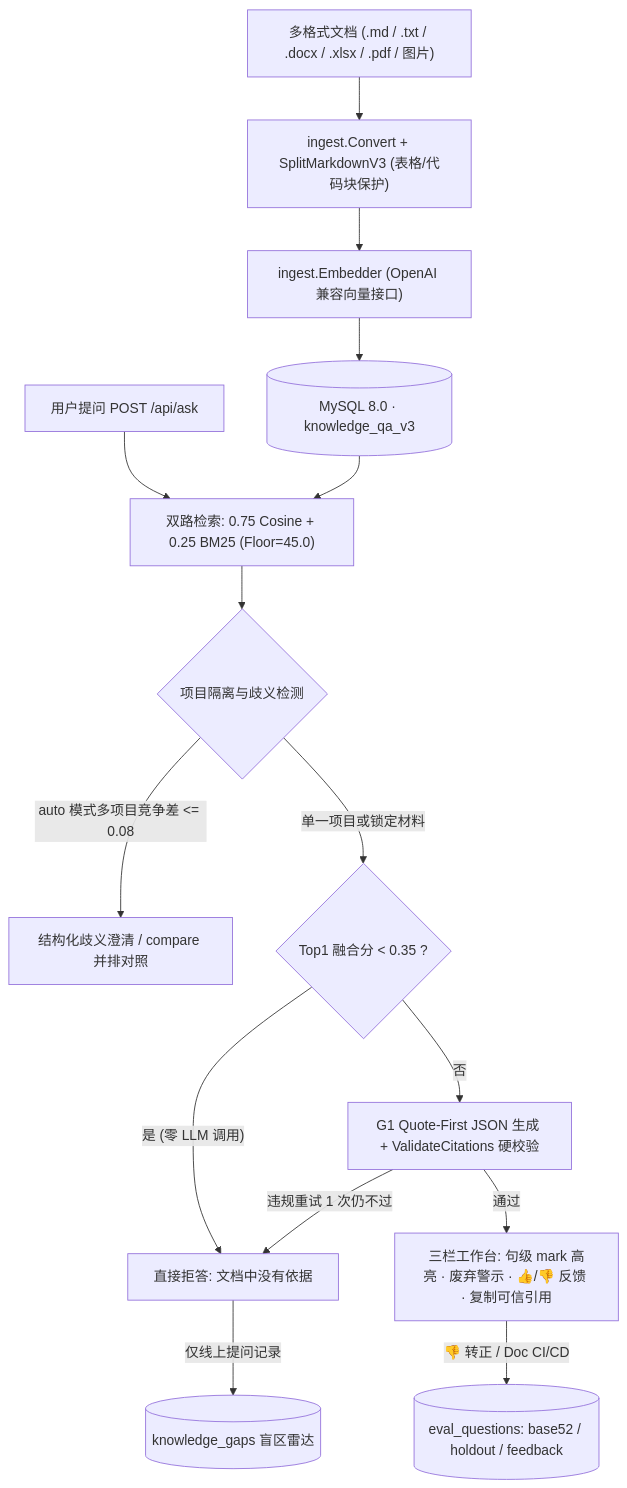
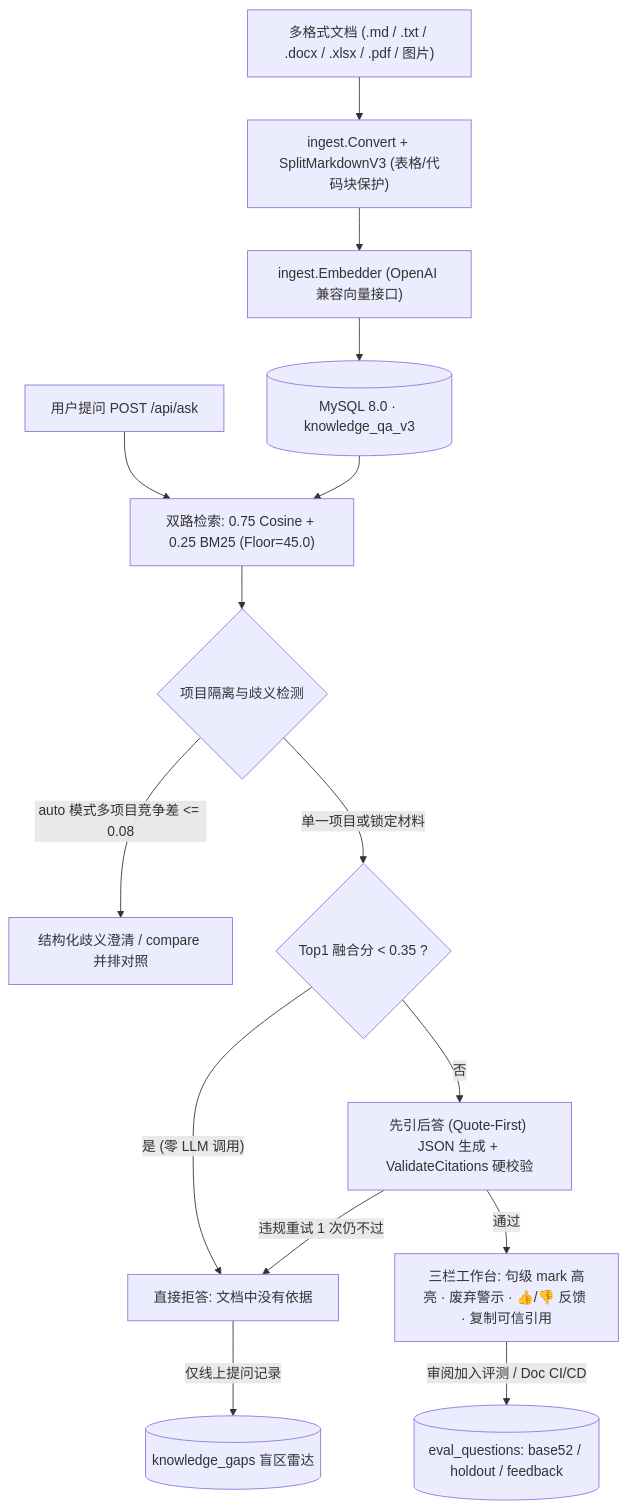
Before and after one commit to kanzakierisa/knowledge-qa-harness: the diagram in README.md, drawn with Mermaid. The commit also changed other lines of this file and 9 other files, not shown here.

````diff
--- a/README.md
+++ b/README.md
@@ -56,18 +56,18 @@
 ```mermaid
 flowchart TD
   In["多格式文档 (.md / .txt / .docx / .xlsx / .pdf / 图片)"] --> Conv["ingest.Convert + SplitMarkdownV3 (表格/代码块保护)"]
   Conv --> Emb["ingest.Embedder (OpenAI 兼容向量接口)"]
   Emb --> DB[("MySQL 8.0 · knowledge_qa_v3")]
 
   Q["用户提问 POST /api/ask"] --> Ret["双路检索: 0.75 Cosine + 0.25 BM25 (Floor=45.0)"]
   DB --> Ret
   Ret --> Iso{"项目隔离与歧义检测"}
   Iso -->|"auto 模式多项目竞争差 <= 0.08"| Amb["结构化歧义澄清 / compare 并排对照"]
   Iso -->|"单一项目或锁定材料"| Gate{"Top1 融合分 < 0.35 ?"}
   Gate -->|"是 (零 LLM 调用)"| Ref["直接拒答: 文档中没有依据"]
   Ref -->|"仅线上提问记录"| Gap[("knowledge_gaps 盲区雷达")]
-  Gate -->|"否"| Gen["G1 Quote-First JSON 生成 + ValidateCitations 硬校验"]
+  Gate -->|"否"| Gen["先引后答 (Quote-First) JSON 生成 + ValidateCitations 硬校验"]
   Gen -->|"违规重试 1 次仍不过"| Ref
   Gen -->|"通过"| UI["三栏工作台: 句级 mark 高亮 · 废弃警示 · 👍/👎 反馈 · 复制可信引用"]
-  UI -->|"👎 转正 / Doc CI/CD"| Eval[("eval_questions: base52 / holdout / feedback")]
+  UI -->|"审阅加入评测 / Doc CI/CD"| Eval[("eval_questions: base52 / holdout / feedback")]
 ```
````
